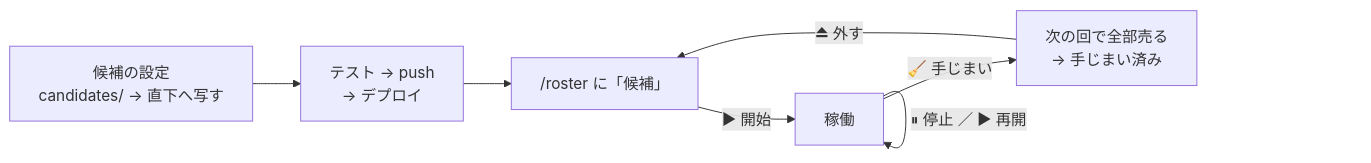
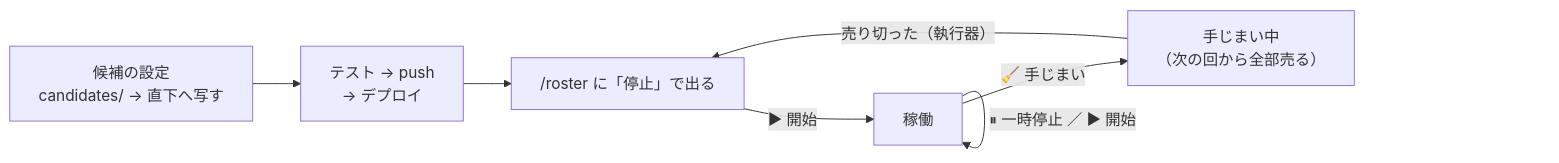
One commit to akiraak/ai-income-lab changed the third of 4 diagrams in docs/specs/howto-model-trader.md. Above: the diagram before and after it, drawn with Mermaid. The commit also changed other lines of this file and 25 other files, not shown here.

````diff
--- a/docs/specs/howto-model-trader.md
+++ b/docs/specs/howto-model-trader.md
@@ -82,9 +82,9 @@
 ```mermaid
 flowchart LR
   A["候補の設定<br/>candidates/ → 直下へ写す"] --> B["テスト → push<br/>→ デプロイ"]
-  B --> C["/roster に「候補」"]
+  B --> C["/roster に「停止」で出る"]
   C -->|"▶ 開始"| D["稼働"]
-  D -->|"🧹 手じまい"| E["次の回で全部売る<br/>→ 手じまい済み"]
-  E -->|"⏏ 外す"| C
-  D -->|"⏸ 停止 ／ ▶ 再開"| D
+  D -->|"🧹 手じまい"| E["手じまい中<br/>（次の回から全部売る）"]
+  E -->|"売り切った（執行器）"| C
+  D -->|"⏸ 一時停止 ／ ▶ 開始"| D
 ```
````
